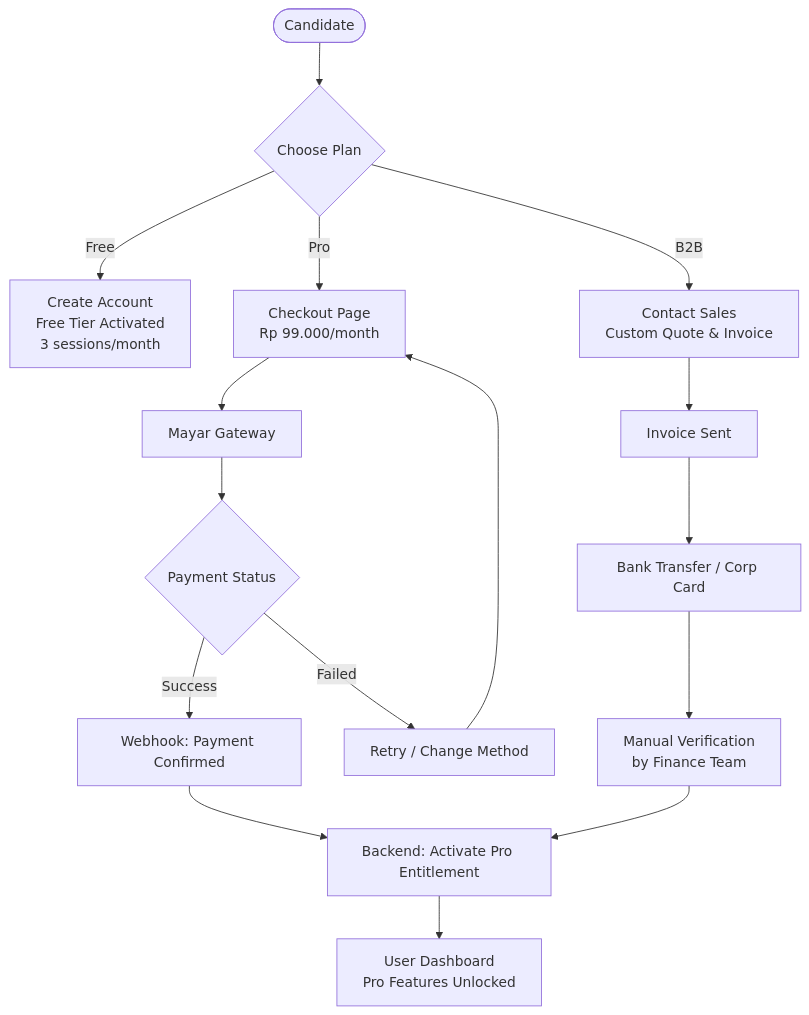
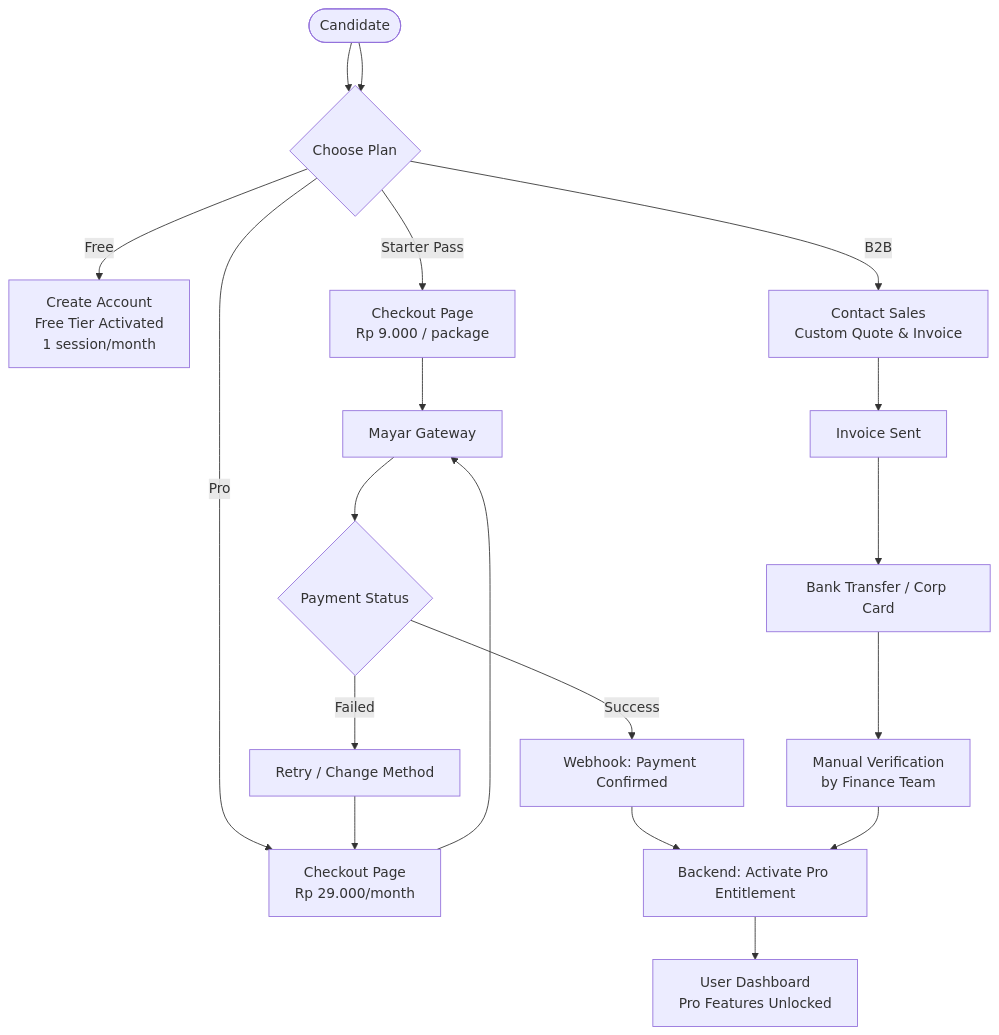
One commit to vickyvaf/interview-masters changed the sixth of 7 diagrams in README.md. Above: the diagram before and after it, drawn with Mermaid. The commit also changed other lines of this file, not shown here.

Commit message:
docs: sync pricing tiers (Free Rp0, Starter Pass Rp9.000, Pro Rp29.000) across README and PRD

````diff
--- a/README.md
+++ b/README.md
@@ -362,22 +364,24 @@
 ```mermaid
 flowchart TD
     P1([Candidate]) --> P2{Choose Plan}
-    P2 -- Free --> P3[Create Account\nFree Tier Activated\n3 sessions/month]
-    P2 -- Pro --> P4[Checkout Page\nRp 99.000/month]
+    P1 --> P2
+    P2 -- Free --> P3[Create Account\nFree Tier Activated\n1 session/month]
+    P2 -- Starter Pass --> P3b[Checkout Page\nRp 9.000 / package]
+    P2 -- Pro --> P4[Checkout Page\nRp 29.000/month]
     P2 -- B2B --> P5[Contact Sales\nCustom Quote & Invoice]
 
-    P4 --> P7[Mayar Gateway]
+    P3b & P4 --> P7[Mayar Gateway]
 
     P7 --> P10{Payment Status}
     P10 -- Success --> P11[Webhook: Payment Confirmed]
     P10 -- Failed --> P12[Retry / Change Method]
     P12 --> P4
 
     P11 --> P13[Backend: Activate Pro Entitlement]
     P13 --> P14[User Dashboard\nPro Features Unlocked]
 
     P5 --> P15[Invoice Sent]
     P15 --> P16[Bank Transfer / Corp Card]
     P16 --> P17[Manual Verification\nby Finance Team]
     P17 --> P13
 ```
````
